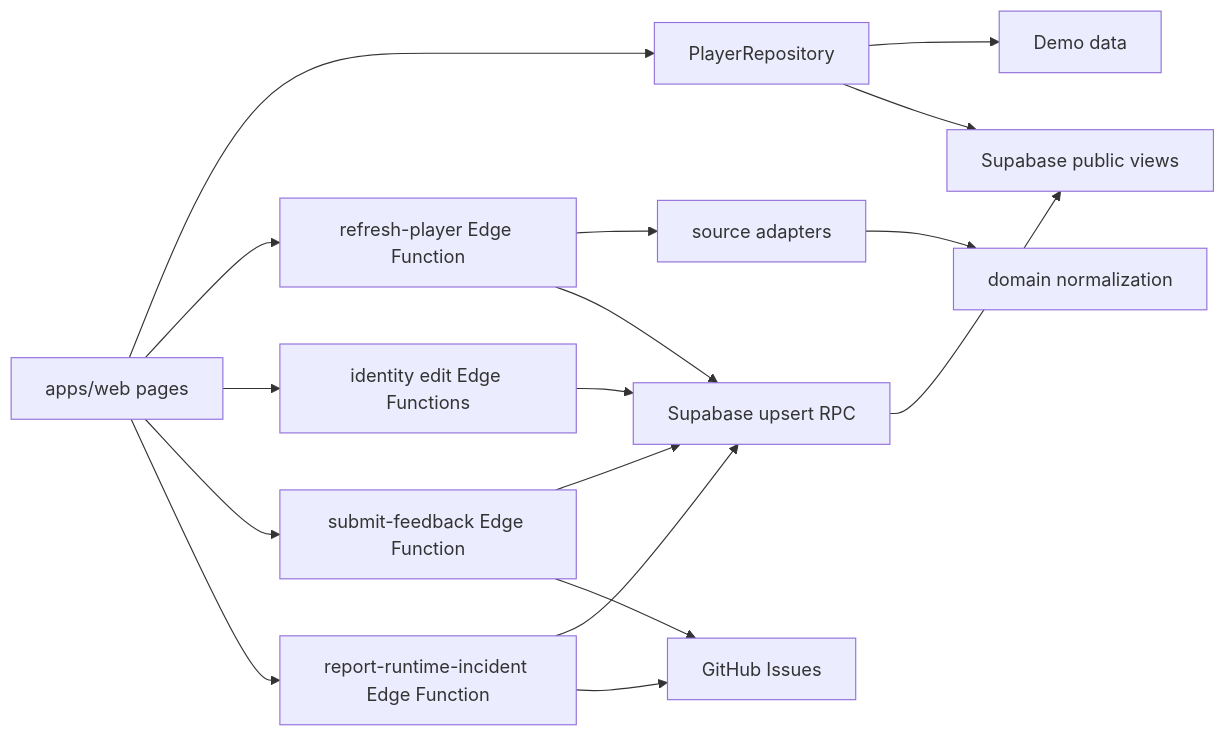
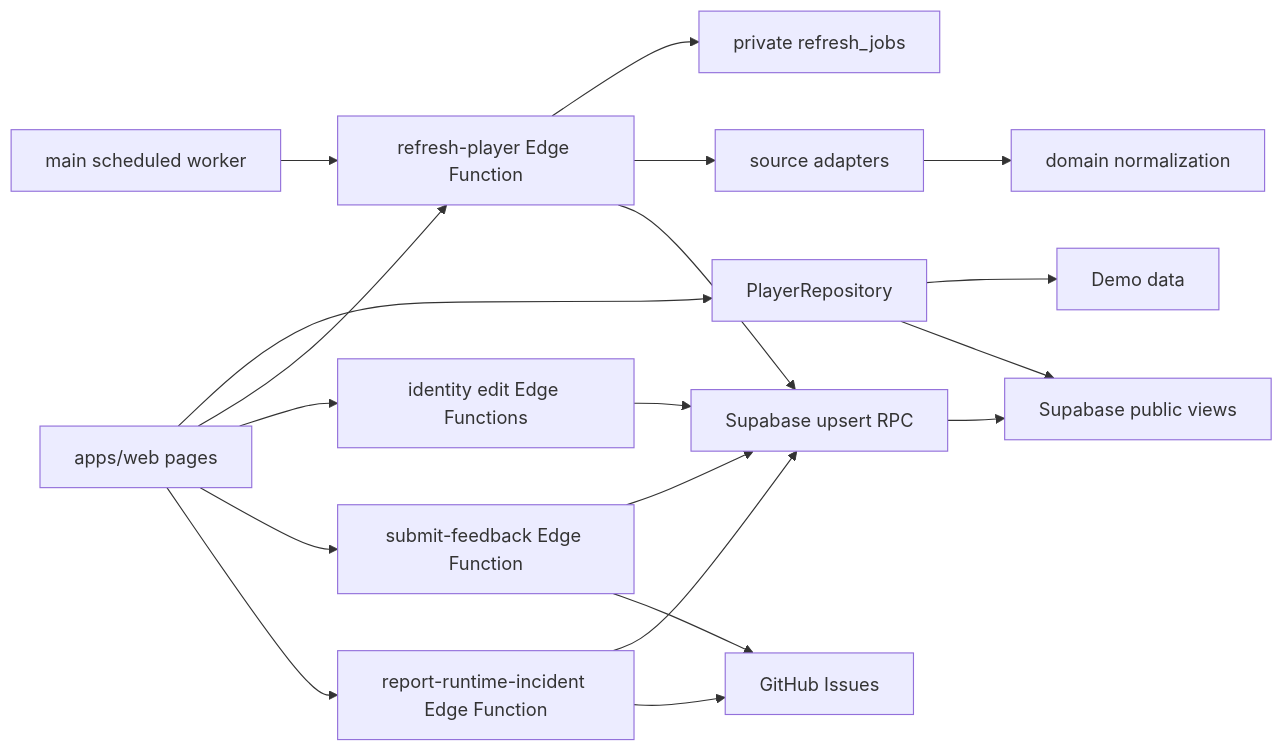
One commit to iamdenny/pingpong-busu changed the diagram in docs/codemap.md. Above: the diagram before and after it, drawn with Mermaid. The commit also changed other lines of this file and 36 other files, not shown here.

````diff
--- a/docs/codemap.md
+++ b/docs/codemap.md
@@ -5,19 +5,21 @@
 ```mermaid
 flowchart LR
   UI["apps/web pages"] --> REPO["PlayerRepository"]
   REPO --> DEMO["Demo data"]
   REPO --> PUBLIC["Supabase public views"]
   UI --> EDGE["refresh-player Edge Function"]
+  EDGE --> QUEUE["private refresh_jobs"]
+  SCHEDULE["main scheduled worker"] --> EDGE
   UI --> IDENTITY["identity edit Edge Functions"]
   UI --> FEEDBACK["submit-feedback Edge Function"]
   UI --> INCIDENT["report-runtime-incident Edge Function"]
   EDGE --> ADAPTERS["source adapters"]
   ADAPTERS --> DOMAIN["domain normalization"]
   EDGE --> RPC["Supabase upsert RPC"]
   RPC --> PUBLIC
   IDENTITY --> RPC
   FEEDBACK --> RPC
   FEEDBACK --> GITHUB["GitHub Issues"]
   INCIDENT --> RPC
   INCIDENT --> GITHUB
 ```
````
